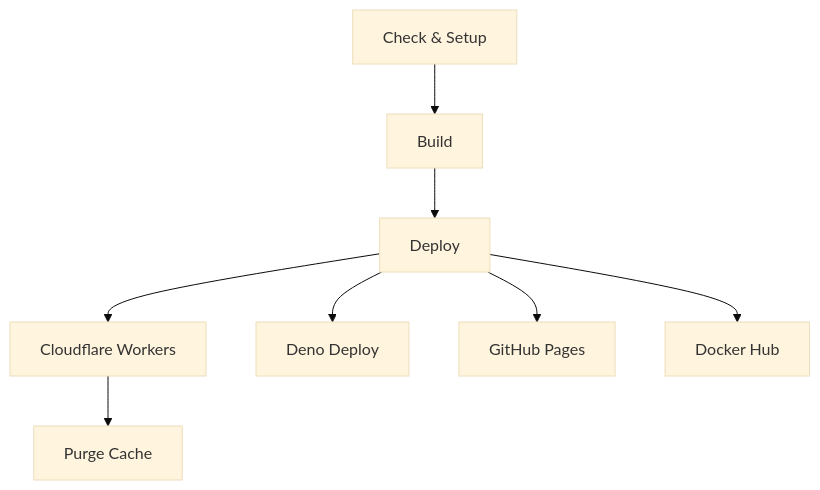
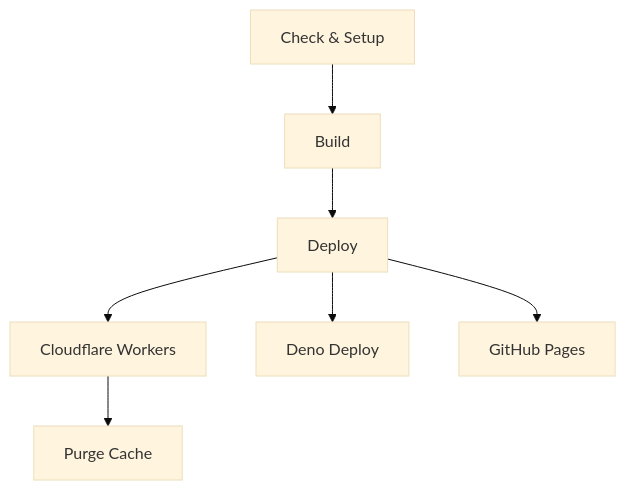
One commit to ZhunHao/my-website changed the diagram in .github/CICD.md. Above: the diagram before and after it, drawn with Mermaid (base theme). The commit also changed other lines of this file and 11 other files, not shown here.

````diff
--- a/.github/CICD.md
+++ b/.github/CICD.md
@@ -15,10 +15,9 @@
 ```mermaid
 graph TD
     A["Check & Setup"] --> B["Build"]
     B --> D["Deploy"]
     D --> E1["Cloudflare Workers"]
     D --> E2["Deno Deploy"]
     D --> E3["GitHub Pages"]
-    D --> E4["Docker Hub"]
     E1 --> F["Purge Cache"]
 ```
````
